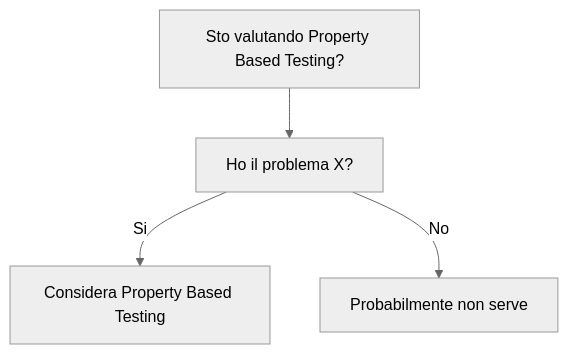
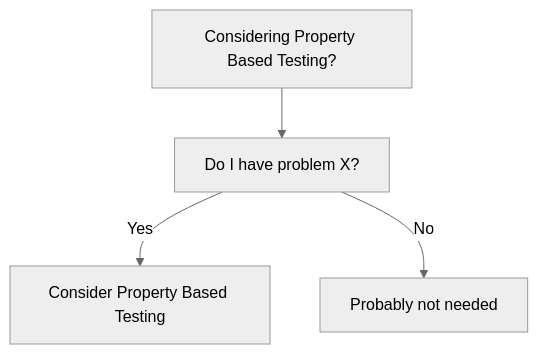
One commit to HxT9/Software-Dev-Wiki changed the diagram in dev-wiki/09_Testing/Property_Based_Testing/When_To_Use.md. Above: the diagram before and after it, drawn with Mermaid (neutral theme). The commit also changed other lines of this file and 3444 other files, not shown here.

````diff
--- a/dev-wiki/09_Testing/Property_Based_Testing/When_To_Use.md
+++ b/dev-wiki/09_Testing/Property_Based_Testing/When_To_Use.md
@@ -19,6 +19,6 @@
 ```mermaid
 flowchart TD
-  Q[Sto valutando Property Based Testing?] --> Q1[Ho il problema X?]
-  Q1 -->|Si| OK[Considera Property Based Testing]
-  Q1 -->|No| NO[Probabilmente non serve]
+  Q[Considering Property Based Testing?] --> Q1[Do I have problem X?]
+  Q1 -->|Yes| OK[Consider Property Based Testing]
+  Q1 -->|No| NO[Probably not needed]
 ```
````
